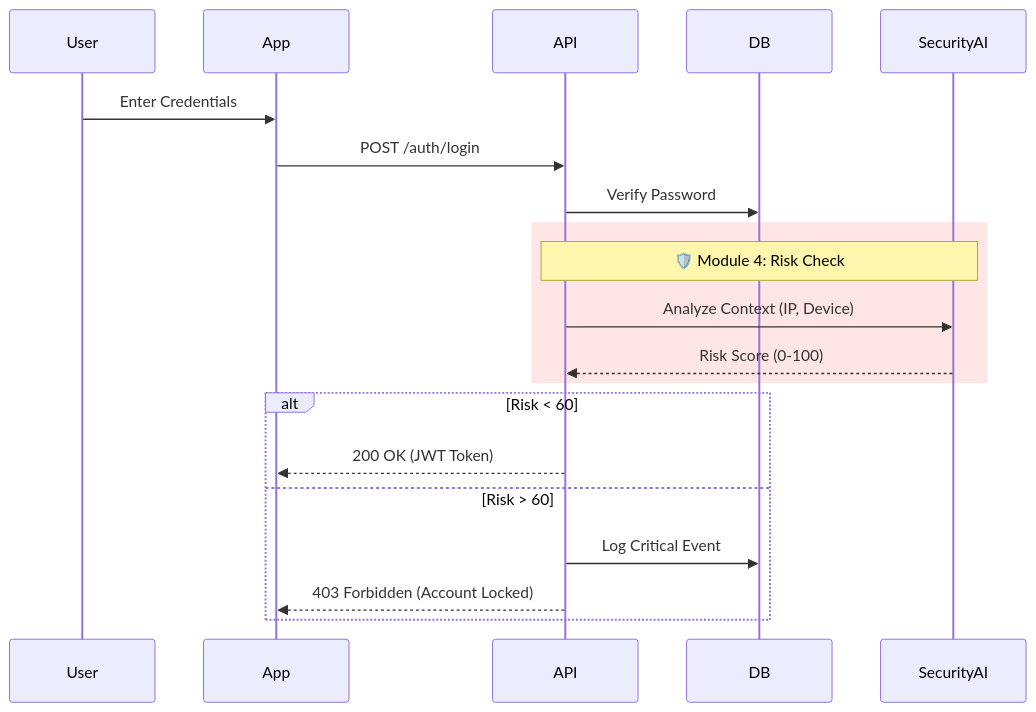
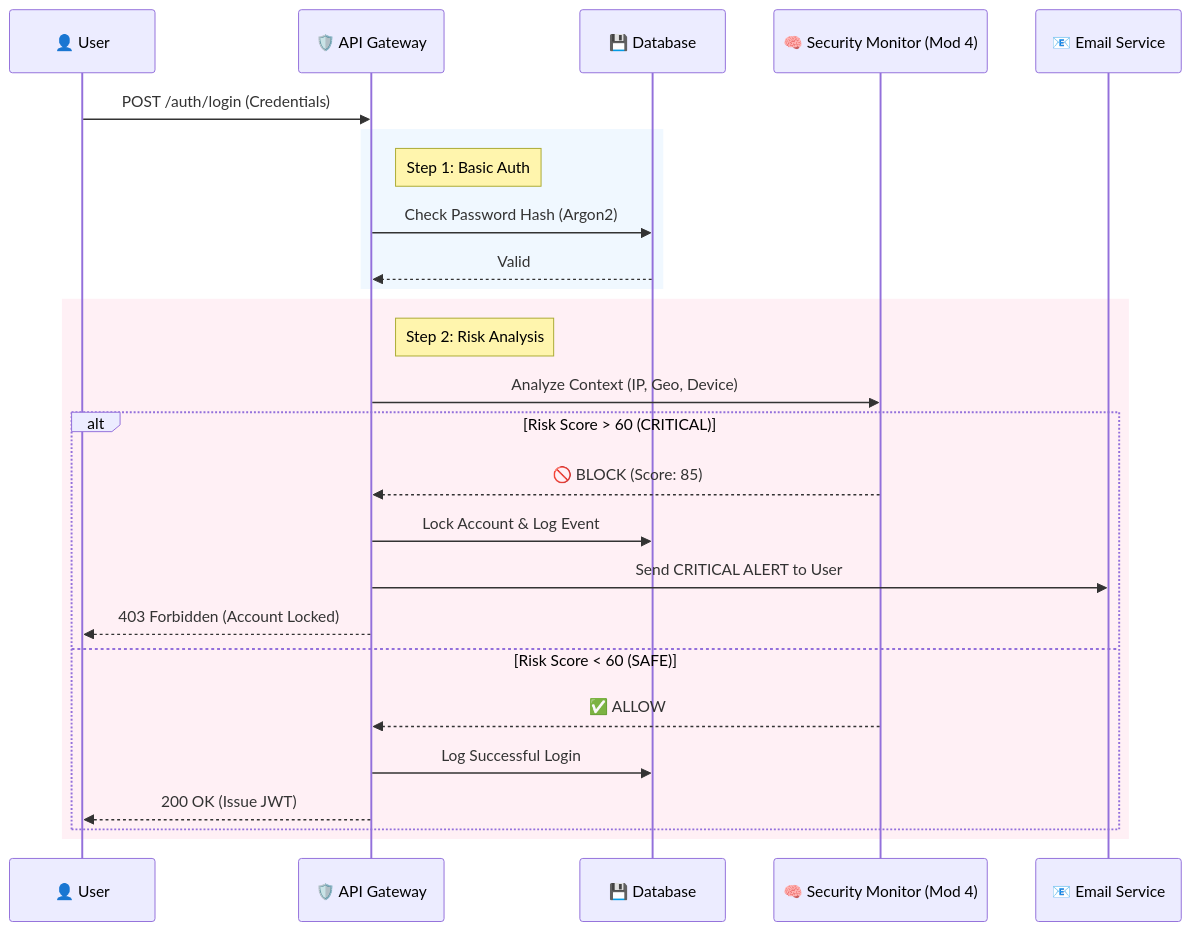
The third of 5 diagrams in README.md (izwanGit/uitm-devops-challenge_TeamOne), drawn with Mermaid before and after one commit. The commit also changed other lines of this file, not shown here.

````diff
--- a/README.md
+++ b/README.md
@@ -269,25 +309,32 @@
 ```mermaid
 sequenceDiagram
-    participant User
-    participant App
-    participant API
-    participant DB
-    participant AI as SecurityAI
+    participant U as 👤 User
+    participant API as 🛡️ API Gateway
+    participant DB as 💾 Database
+    participant AI as 🧠 Security Monitor (Mod 4)
+    participant Mail as 📧 Email Service
 
-    User->>App: Enter Credentials
-    App->>API: POST /auth/login
-    API->>DB: Verify Password
+    U->>API: POST /auth/login (Credentials)
     
-    rect rgb(255, 230, 230)
-        Note over API, AI: 🛡️ Module 4: Risk Check
-        API->>AI: Analyze Context (IP, Device)
-        AI-->>API: Risk Score (0-100)
+    rect rgb(240, 248, 255)
+        Note right of API: Step 1: Basic Auth
+        API->>DB: Check Password Hash (Argon2)
+        DB-->>API: Valid
     end
     
-    alt Risk < 60
-        API-->>App: 200 OK (JWT Token)
-    else Risk > 60
-        API->>DB: Log Critical Event
-        API-->>App: 403 Forbidden (Account Locked)
+    rect rgb(255, 240, 245)
+        Note right of API: Step 2: Risk Analysis
+        API->>AI: Analyze Context (IP, Geo, Device)
+        
+        alt Risk Score > 60 (CRITICAL)
+            AI-->>API: 🚫 BLOCK (Score: 85)
+            API->>DB: Lock Account & Log Event
+            API->>Mail: Send CRITICAL ALERT to User
+            API-->>U: 403 Forbidden (Account Locked)
+        else Risk Score < 60 (SAFE)
+            AI-->>API: ✅ ALLOW
+            API->>DB: Log Successful Login
+            API-->>U: 200 OK (Issue JWT)
+        end
     end
 ```
````
